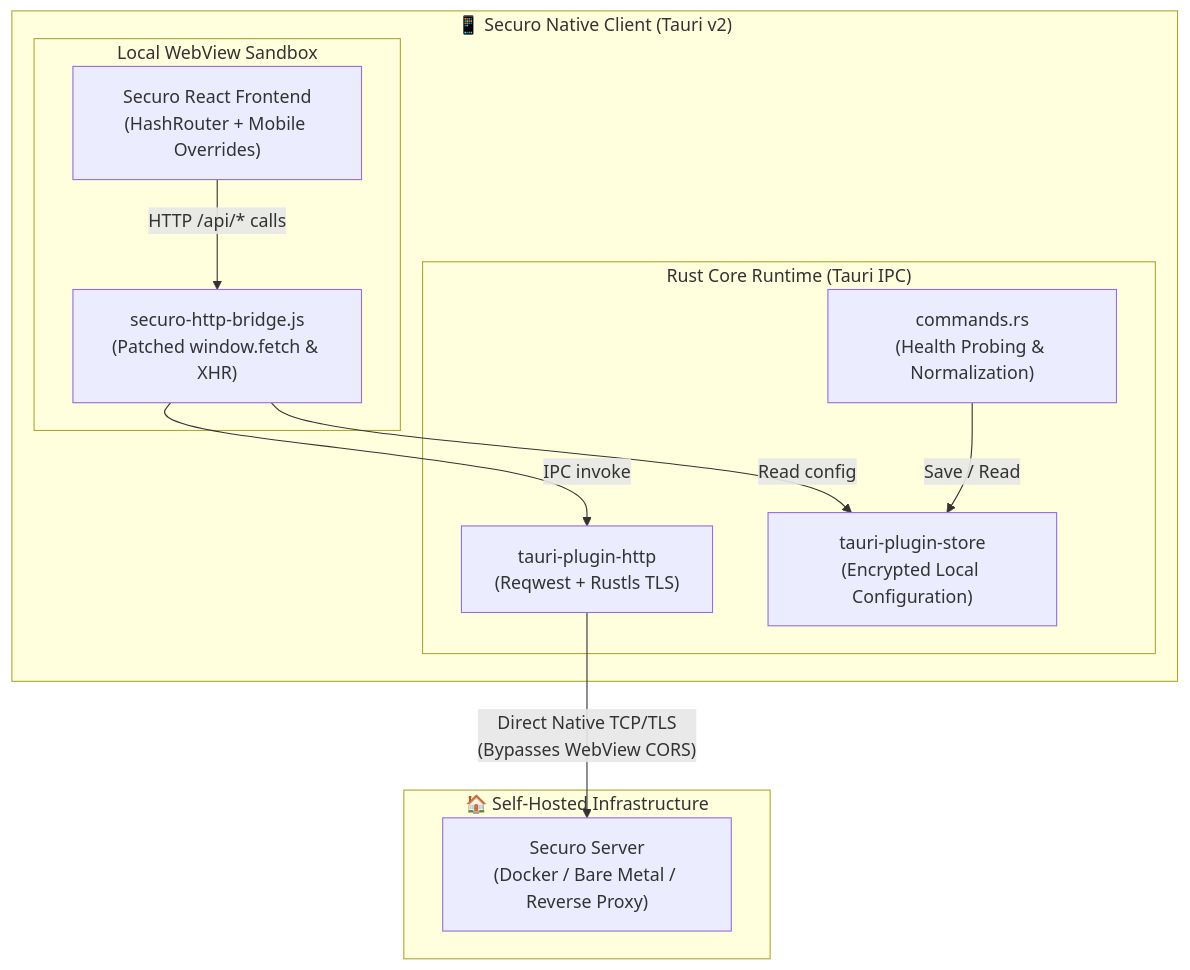
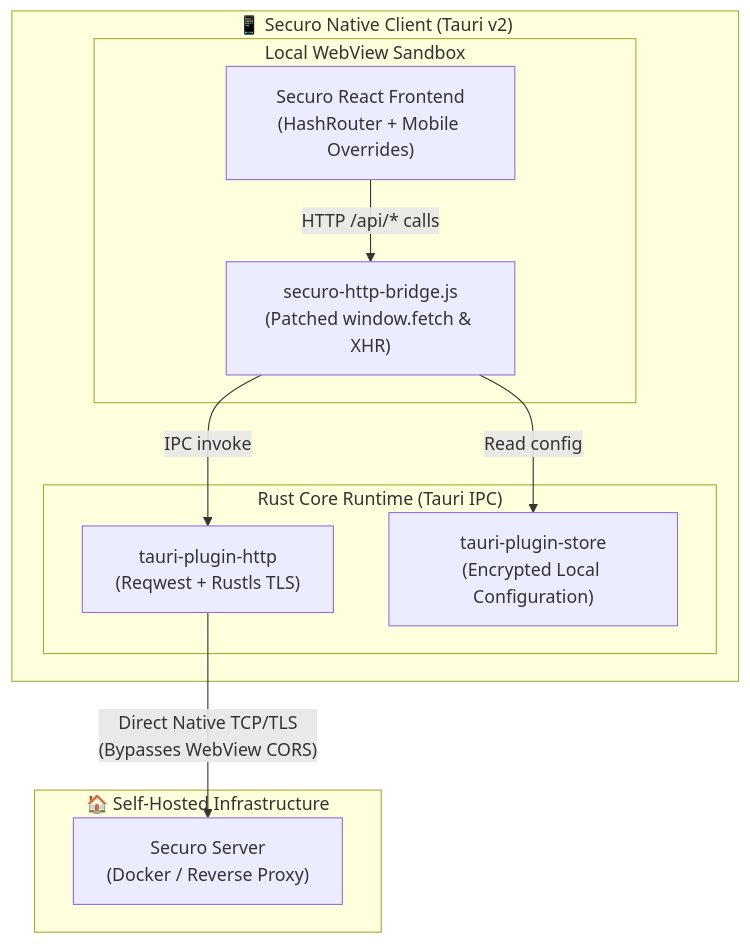
The diagram in README.md (Marcelo-maga/securo-client), drawn with Mermaid before and after one commit. The commit also changed other lines of this file and 6 other files, not shown here.

````diff
--- a/README.md
+++ b/README.md
@@ -53,25 +58,23 @@
 ```mermaid
 flowchart TD
     subgraph MobileApp["📱 Securo Native Client (Tauri v2)"]
         subgraph WebView["Local WebView Sandbox"]
             UI["Securo React Frontend\n(HashRouter + Mobile Overrides)"]
             Bridge["securo-http-bridge.js\n(Patched window.fetch & XHR)"]
             UI -->|"HTTP /api/* calls"| Bridge
         end
 
         subgraph RustCore["Rust Core Runtime (Tauri IPC)"]
             PluginHttp["tauri-plugin-http\n(Reqwest + Rustls TLS)"]
             Store["tauri-plugin-store\n(Encrypted Local Configuration)"]
-            Cmds["commands.rs\n(Health Probing & Normalization)"]
             Bridge -->|"IPC invoke"| PluginHttp
             Bridge -->|"Read config"| Store
-            Cmds -->|"Save / Read"| Store
         end
     end
 
     subgraph Homelab["🏠 Self-Hosted Infrastructure"]
-        Server["Securo Server\n(Docker / Bare Metal / Reverse Proxy)"]
+        Server["Securo Server\n(Docker / Reverse Proxy)"]
     end
 
     PluginHttp -->|"Direct Native TCP/TLS\n(Bypasses WebView CORS)"| Server
 ```
````
